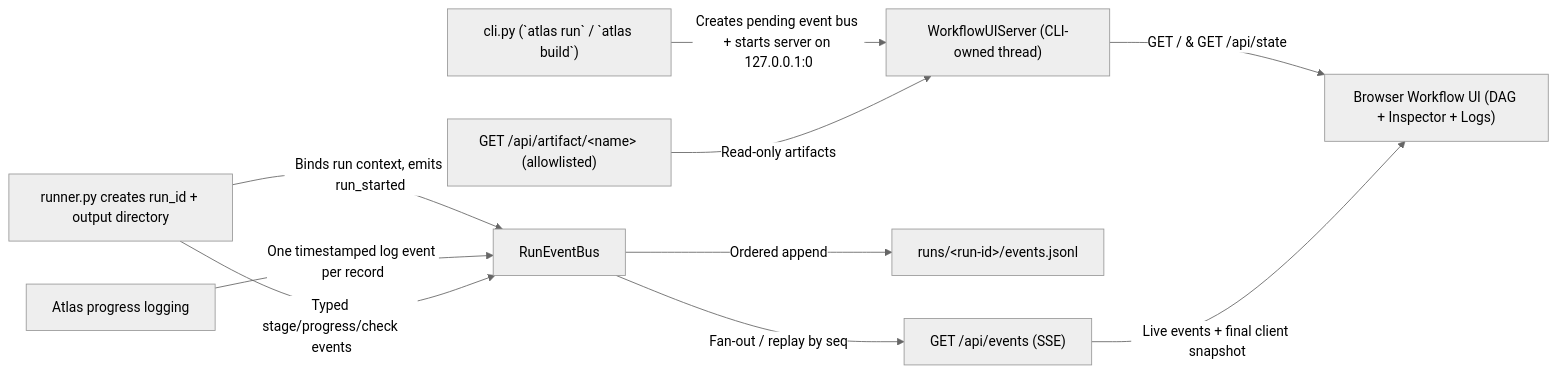
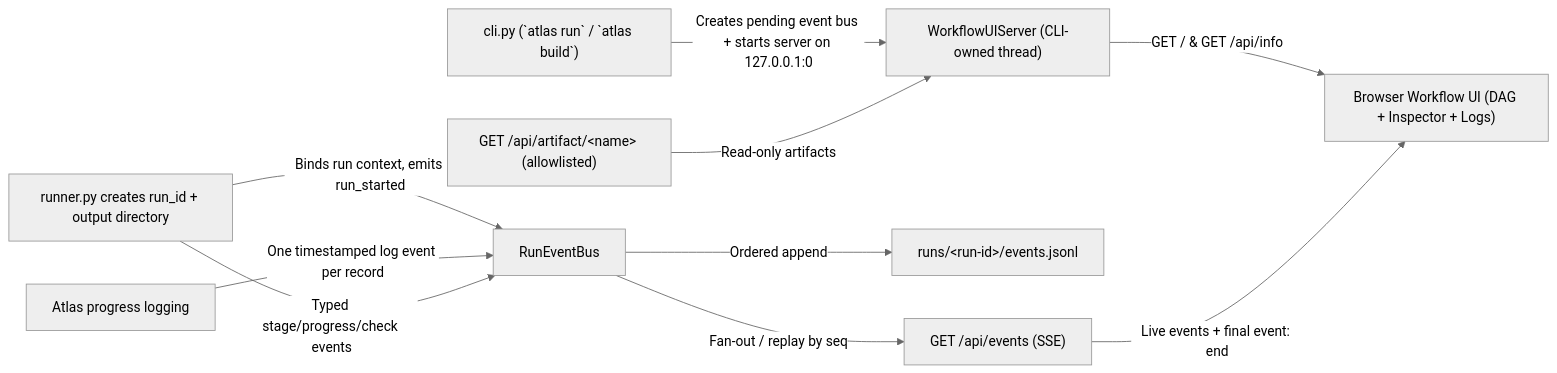
The first of 2 diagrams in docs/VISUAL_WORKFLOW_UI_PLAN.md (professorshabs/agentic_workflow), drawn with Mermaid (neutral theme) before and after one commit. The commit also changed other lines of this file and 43 other files, not shown here.

````diff
--- a/docs/VISUAL_WORKFLOW_UI_PLAN.md
+++ b/docs/VISUAL_WORKFLOW_UI_PLAN.md
@@ -48,12 +48,12 @@
 ```mermaid
 flowchart LR
     CLI["cli.py (`atlas run` / `atlas build`)"] -->|"Creates pending event bus + starts server on 127.0.0.1:0"| UISrv["WorkflowUIServer (CLI-owned thread)"]
     Runner["runner.py creates run_id + output directory"] -->|"Binds run context, emits run_started"| Bus["RunEventBus"]
     Log["Atlas progress logging"] -->|"One timestamped log event per record"| Bus
     Runner -->|"Typed stage/progress/check events"| Bus
     Bus -->|"Ordered append"| JSONL["runs/&lt;run-id&gt;/events.jsonl"]
     Bus -->|"Fan-out / replay by seq"| SSE["GET /api/events (SSE)"]
-    UISrv -->|"GET / & GET /api/state"| Browser["Browser Workflow UI (DAG + Inspector + Logs)"]
-    SSE -->|"Live events + final client snapshot"| Browser
+    UISrv -->|"GET / & GET /api/info"| Browser["Browser Workflow UI (DAG + Inspector + Logs)"]
+    SSE -->|"Live events + final event: end"| Browser
     ArtifactAPI["GET /api/artifact/&lt;name&gt; (allowlisted)"] -->|"Read-only artifacts"| UISrv
 ```
````
